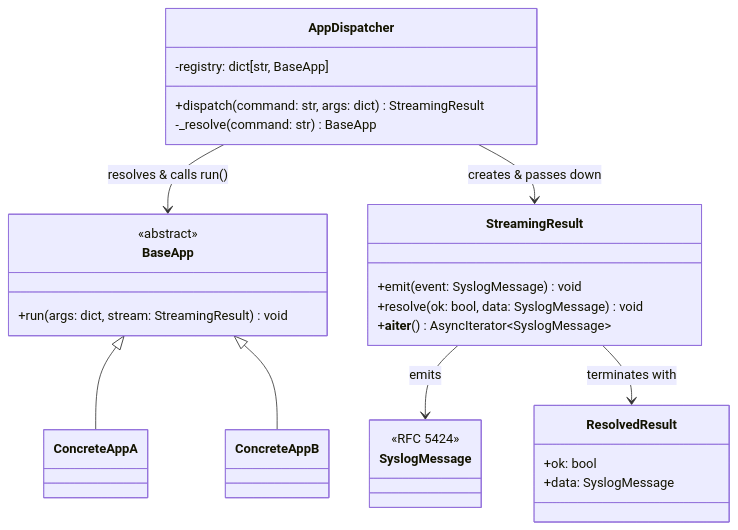
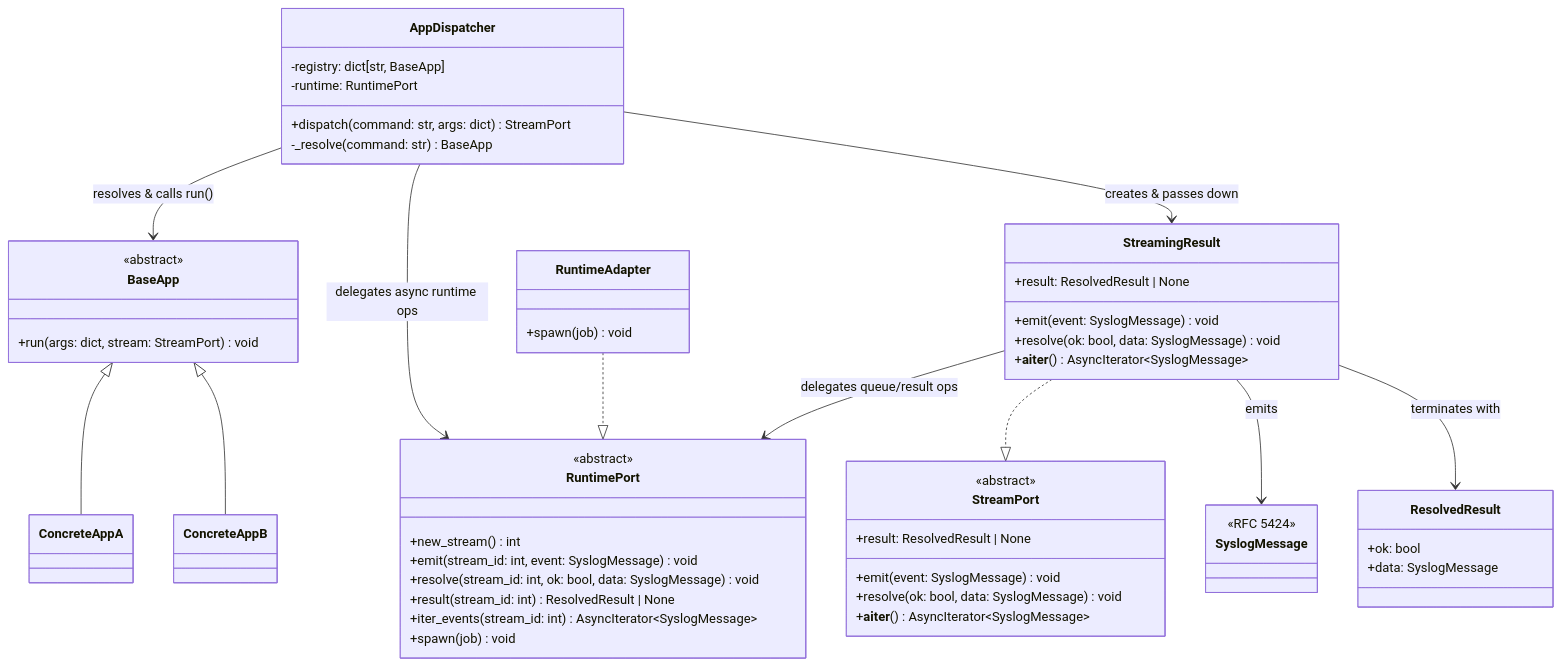
The second of 3 diagrams in docs/ARCHITECTURE.md (BinaryBand/scop-demo), drawn with Mermaid before and after one commit. The commit also changed other lines of this file and 6 other files, not shown here.

Commit message:
refactor: enhance runtime and stream handling with new RuntimePort interface and StreamingResult integration

````diff
--- a/docs/ARCHITECTURE.md
+++ b/docs/ARCHITECTURE.md
@@ -192,35 +194,63 @@
 ```mermaid
 classDiagram
     class AppDispatcher {
         -registry: dict[str, BaseApp]
-        +dispatch(command: str, args: dict) StreamingResult
+        -runtime: RuntimePort
+        +dispatch(command: str, args: dict) StreamPort
         -_resolve(command: str) BaseApp
+    }
+
+    class StreamPort {
+        <<abstract>>
+        +emit(event: SyslogMessage) void
+        +resolve(ok: bool, data: SyslogMessage) void
+        +result: ResolvedResult | None
+        +__aiter__() AsyncIterator~SyslogMessage~
     }
 
     class StreamingResult {
         +emit(event: SyslogMessage) void
         +resolve(ok: bool, data: SyslogMessage) void
+        +result: ResolvedResult | None
         +__aiter__() AsyncIterator~SyslogMessage~
+    }
+
+    class RuntimePort {
+        <<abstract>>
+        +new_stream() int
+        +emit(stream_id: int, event: SyslogMessage) void
+        +resolve(stream_id: int, ok: bool, data: SyslogMessage) void
+        +result(stream_id: int) ResolvedResult | None
+        +iter_events(stream_id: int) AsyncIterator~SyslogMessage~
+        +spawn(job) void
+    }
+
+    class RuntimeAdapter {
+        +spawn(job) void
     }
 
     class SyslogMessage {
         <<RFC 5424>>
     }
 
     class ResolvedResult {
         +ok: bool
         +data: SyslogMessage
     }
 
     class BaseApp {
         <<abstract>>
-        +run(args: dict, stream: StreamingResult) void
+        +run(args: dict, stream: StreamPort) void
     }
 
     AppDispatcher --> BaseApp : resolves & calls run()
+    AppDispatcher --> RuntimePort : delegates async runtime ops
     AppDispatcher --> StreamingResult : creates & passes down
+    RuntimeAdapter ..|> RuntimePort
+    StreamingResult ..|> StreamPort
+    StreamingResult --> RuntimePort : delegates queue/result ops
     StreamingResult --> SyslogMessage : emits
     StreamingResult --> ResolvedResult : terminates with
     BaseApp <|-- ConcreteAppA
     BaseApp <|-- ConcreteAppB
 ```
````
